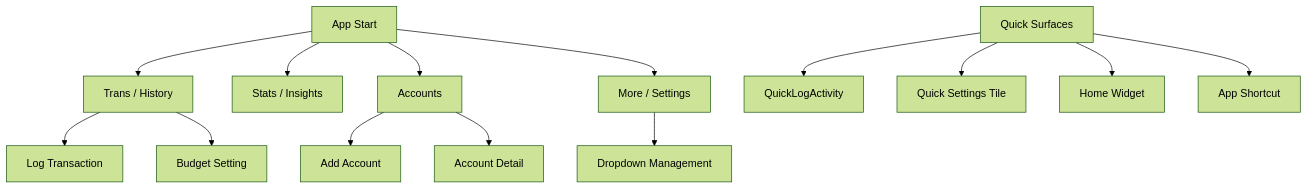
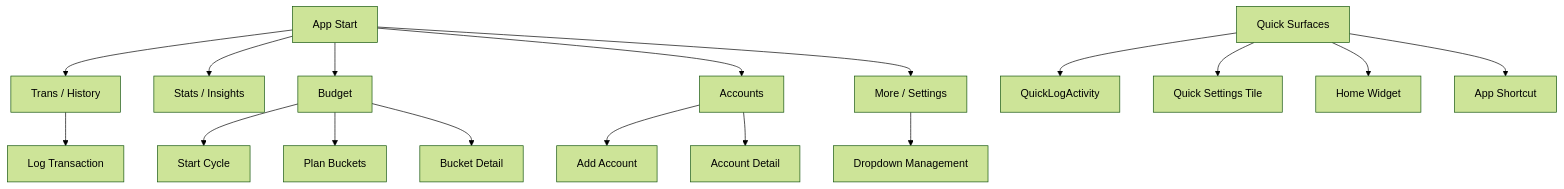
Before and after one commit to issaczerubbabela/L-Edgar: the second of 5 diagrams in docs/ARCHITECTURE.md, drawn with Mermaid (forest theme). The commit also changed other lines of this file and 29 other files, not shown here.

````diff
--- a/docs/ARCHITECTURE.md
+++ b/docs/ARCHITECTURE.md
@@ -75,20 +76,23 @@
 ```mermaid
 flowchart TD
     A[App Start] --> B[Trans / History]
     A --> C[Stats / Insights]
+    A --> BG[Budget]
     A --> D[Accounts]
     A --> E[More / Settings]
 
     B --> B1[Log Transaction]
-    B --> B2[Budget Setting]
+    BG --> BG1[Start Cycle]
+    BG --> BG2[Plan Buckets]
+    BG --> BG3[Bucket Detail]
 
     D --> D1[Add Account]
     D --> D2[Account Detail]
 
     E --> E1[Dropdown Management]
 
     Q[Quick Surfaces] --> Q1[QuickLogActivity]
     Q[Quick Surfaces] --> Q2[Quick Settings Tile]
     Q[Quick Surfaces] --> Q3[Home Widget]
     Q[Quick Surfaces] --> Q4[App Shortcut]
 ```
````
